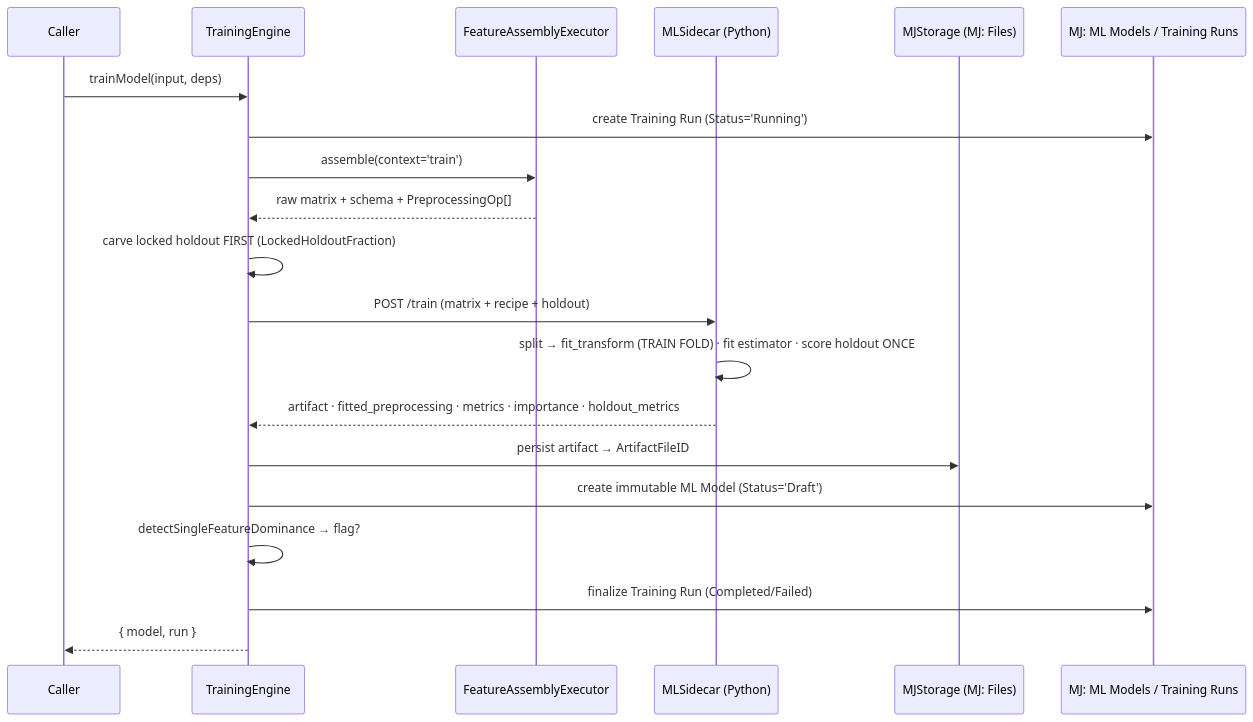
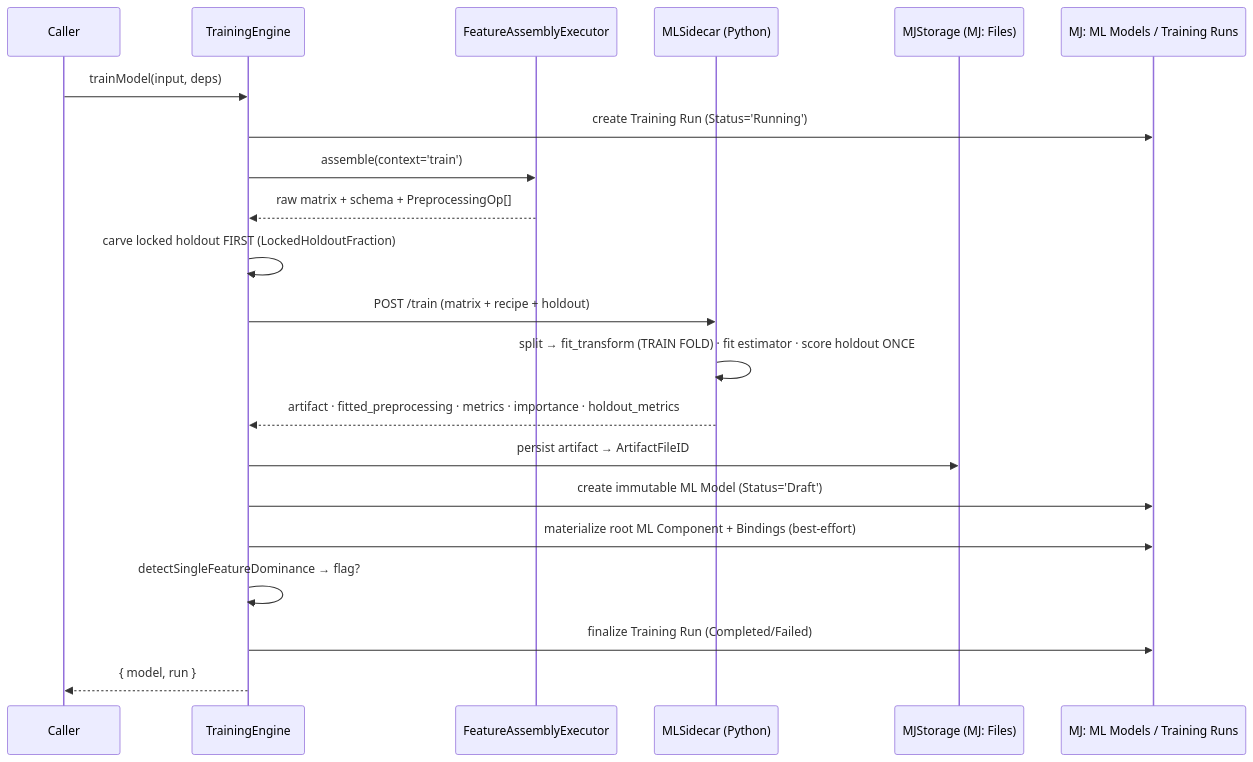
One commit to MemberJunction/MJ changed the fifth of 15 diagrams in guides/PREDICTIVE_STUDIO_GUIDE.md. Above: the diagram before and after it, drawn with Mermaid. The commit also changed other lines of this file and 6 other files, not shown here.

````diff
--- a/guides/PREDICTIVE_STUDIO_GUIDE.md
+++ b/guides/PREDICTIVE_STUDIO_GUIDE.md
@@ -325,22 +328,23 @@
 ```mermaid
 sequenceDiagram
     participant C as Caller
     participant TE as TrainingEngine
     participant FA as FeatureAssemblyExecutor
     participant SC as MLSidecar (Python)
     participant ST as MJStorage (MJ: Files)
     participant DB as MJ: ML Models / Training Runs
     C->>TE: trainModel(input, deps)
     TE->>DB: create Training Run (Status='Running')
     TE->>FA: assemble(context='train')
     FA-->>TE: raw matrix + schema + PreprocessingOp[]
     TE->>TE: carve locked holdout FIRST (LockedHoldoutFraction)
     TE->>SC: POST /train (matrix + recipe + holdout)
     SC->>SC: split → fit_transform (TRAIN FOLD) · fit estimator · score holdout ONCE
     SC-->>TE: artifact · fitted_preprocessing · metrics · importance · holdout_metrics
     TE->>ST: persist artifact → ArtifactFileID
     TE->>DB: create immutable ML Model (Status='Draft')
+    TE->>DB: materialize root ML Component + Bindings (best-effort)
     TE->>TE: detectSingleFeatureDominance → flag?
     TE->>DB: finalize Training Run (Completed/Failed)
     TE-->>C: { model, run }
 ```
````
